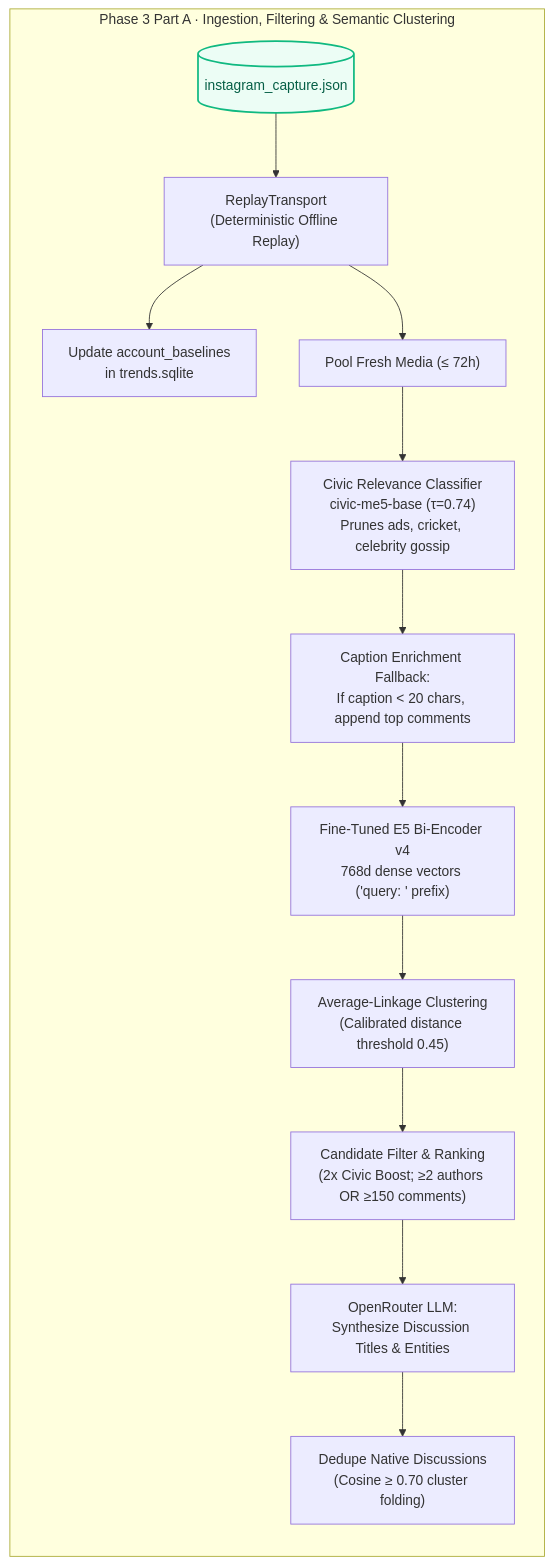
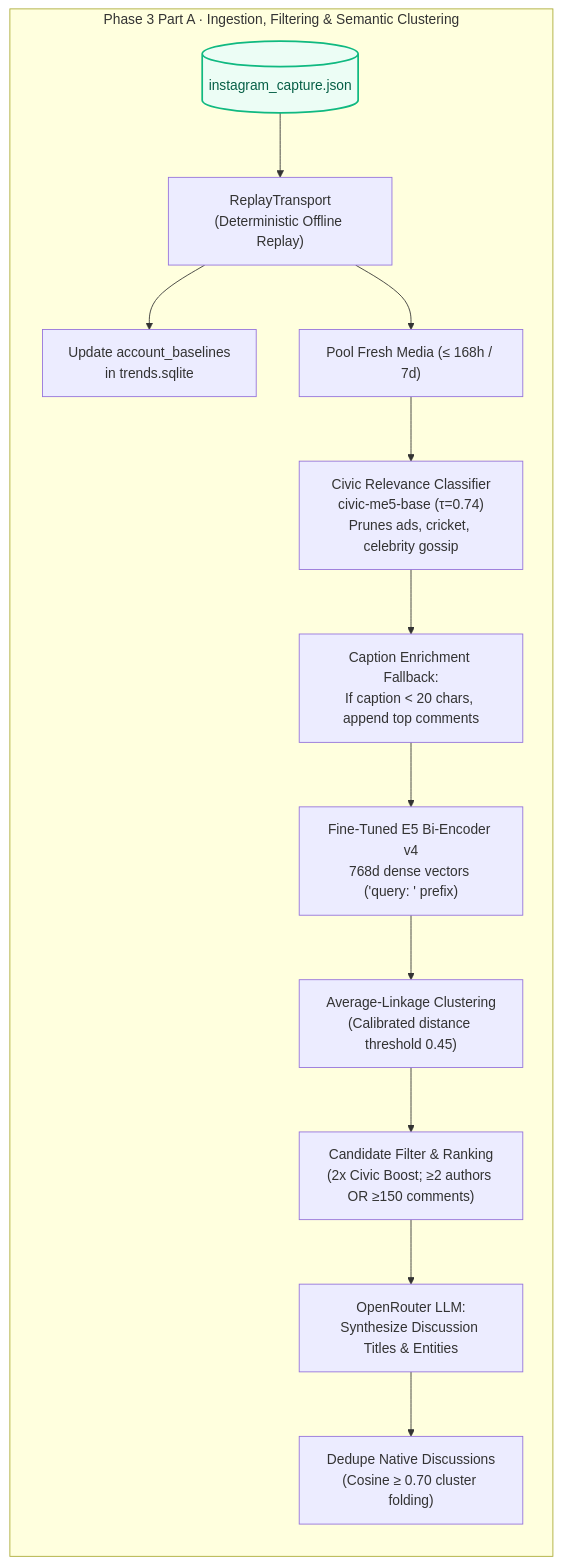
One commit to shankha06/identify-what-matters changed the sixth of 20 diagrams in docs/ARCHITECTURE.md. Above: the diagram before and after it, drawn with Mermaid. The commit also changed other lines of this file and 72 other files, not shown here.

````diff
--- a/docs/ARCHITECTURE.md
+++ b/docs/ARCHITECTURE.md
@@ -341,20 +361,20 @@
 ```mermaid
 flowchart TD
     subgraph P3A["Phase 3 Part A · Ingestion, Filtering & Semantic Clustering"]
         direction TB
         CAP_IN[("instagram_capture.json")] --> REPLAY["ReplayTransport<br/>(Deterministic Offline Replay)"]
         REPLAY --> BASE_UPDATE["Update account_baselines<br/>in trends.sqlite"]
-        REPLAY --> POOL["Pool Fresh Media (&le; 72h)"]
+        REPLAY --> POOL["Pool Fresh Media (&le; 168h / 7d)"]
 
         POOL --> CIVIC_FILTER["Civic Relevance Classifier<br/>civic-me5-base (&tau;=0.74)<br/>Prunes ads, cricket, celebrity gossip"]
         CIVIC_FILTER --> CAP_ENRICH["Caption Enrichment Fallback:<br/>If caption < 20 chars, append top comments"]
         CAP_ENRICH --> E5_VEC["Fine-Tuned E5 Bi-Encoder v4<br/>768d dense vectors ('query: ' prefix)"]
         E5_VEC --> AGGLOM["Average-Linkage Clustering<br/>(Calibrated distance threshold 0.45)"]
         AGGLOM --> RANK["Candidate Filter & Ranking<br/>(2x Civic Boost; &ge;2 authors OR &ge;150 comments)"]
         RANK --> LLM_NAME["OpenRouter LLM:<br/>Synthesize Discussion Titles & Entities"]
         LLM_NAME --> DEDUPE["Dedupe Native Discussions<br/>(Cosine &ge; 0.70 cluster folding)"]
     end
 
     classDef store fill:#ecfdf5,stroke:#10b981,stroke-width:2px,color:#065f46;
     class CAP_IN store;
 ```
````
